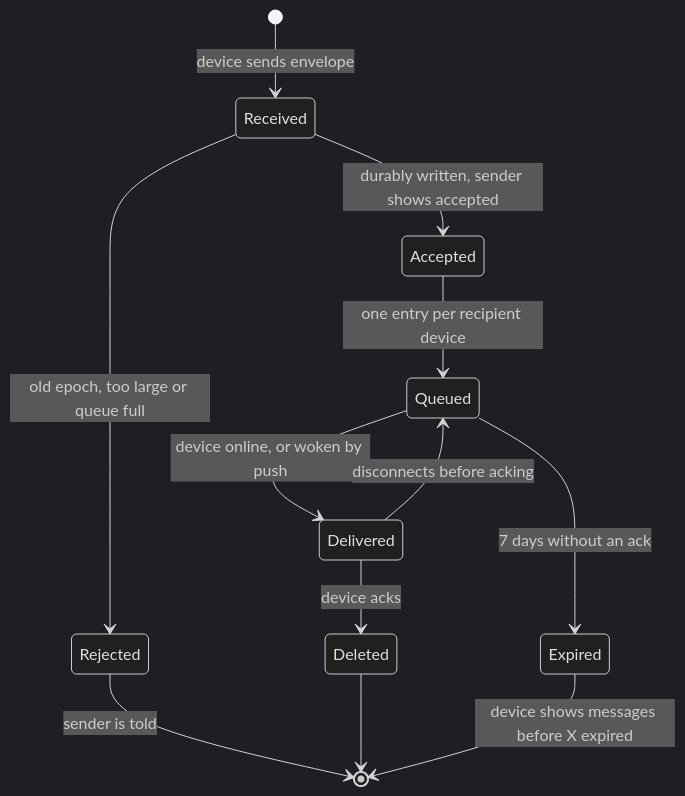
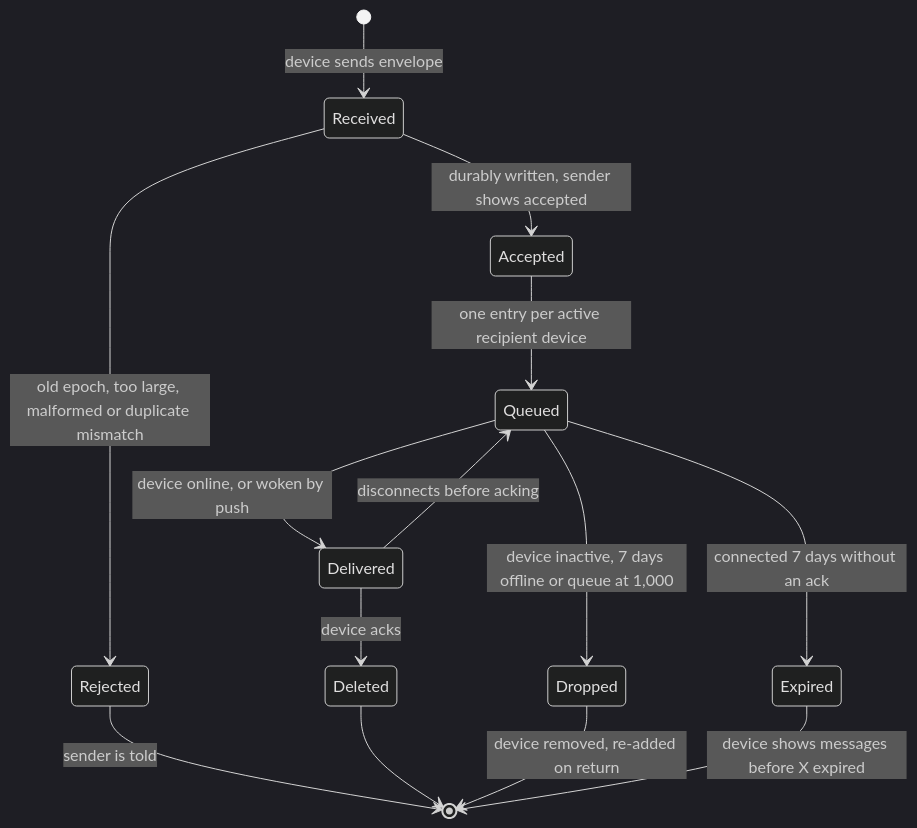
The third of 4 diagrams in docs/architecture-decisions.md (koppathachan/vyajena), drawn with Mermaid (dark theme) before and after one commit. The commit also changed other lines of this file and 3 other files, not shown here.

````diff
--- a/docs/architecture-decisions.md
+++ b/docs/architecture-decisions.md
@@ -119,14 +127,16 @@
 ```mermaid
 stateDiagram-v2
   [*] --> Received: device sends envelope
-  Received --> Rejected: old epoch, too large or queue full
+  Received --> Rejected: old epoch, too large, malformed or duplicate mismatch
   Received --> Accepted: durably written, sender shows accepted
-  Accepted --> Queued: one entry per recipient device
+  Accepted --> Queued: one entry per active recipient device
   Queued --> Delivered: device online, or woken by push
   Delivered --> Queued: disconnects before acking
   Delivered --> Deleted: device acks
-  Queued --> Expired: 7 days without an ack
+  Queued --> Dropped: device inactive, 7 days offline or queue at 1,000
+  Queued --> Expired: connected 7 days without an ack
   Rejected --> [*]: sender is told
   Deleted --> [*]
+  Dropped --> [*]: device removed, re-added on return
   Expired --> [*]: device shows messages before X expired
 ```
````
